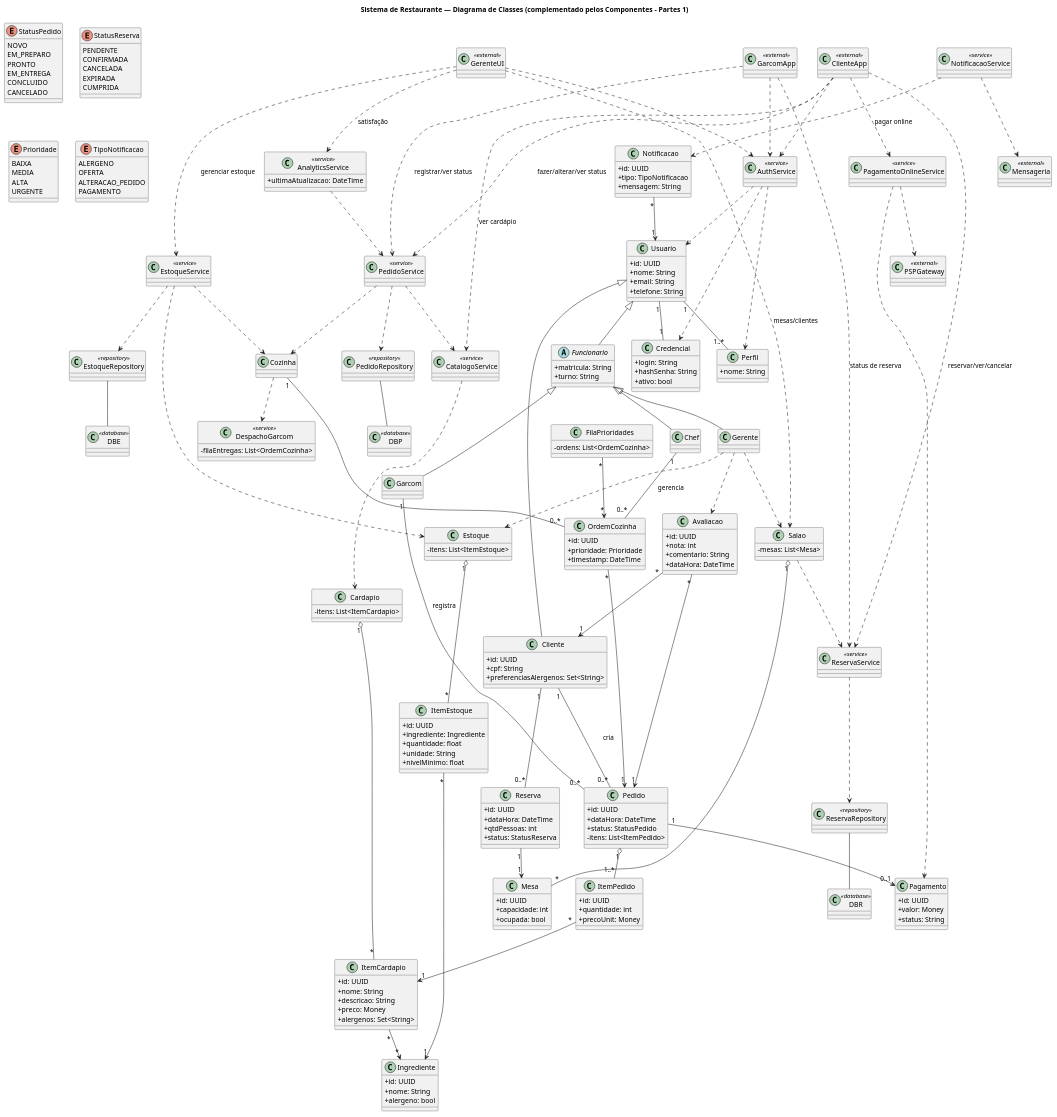
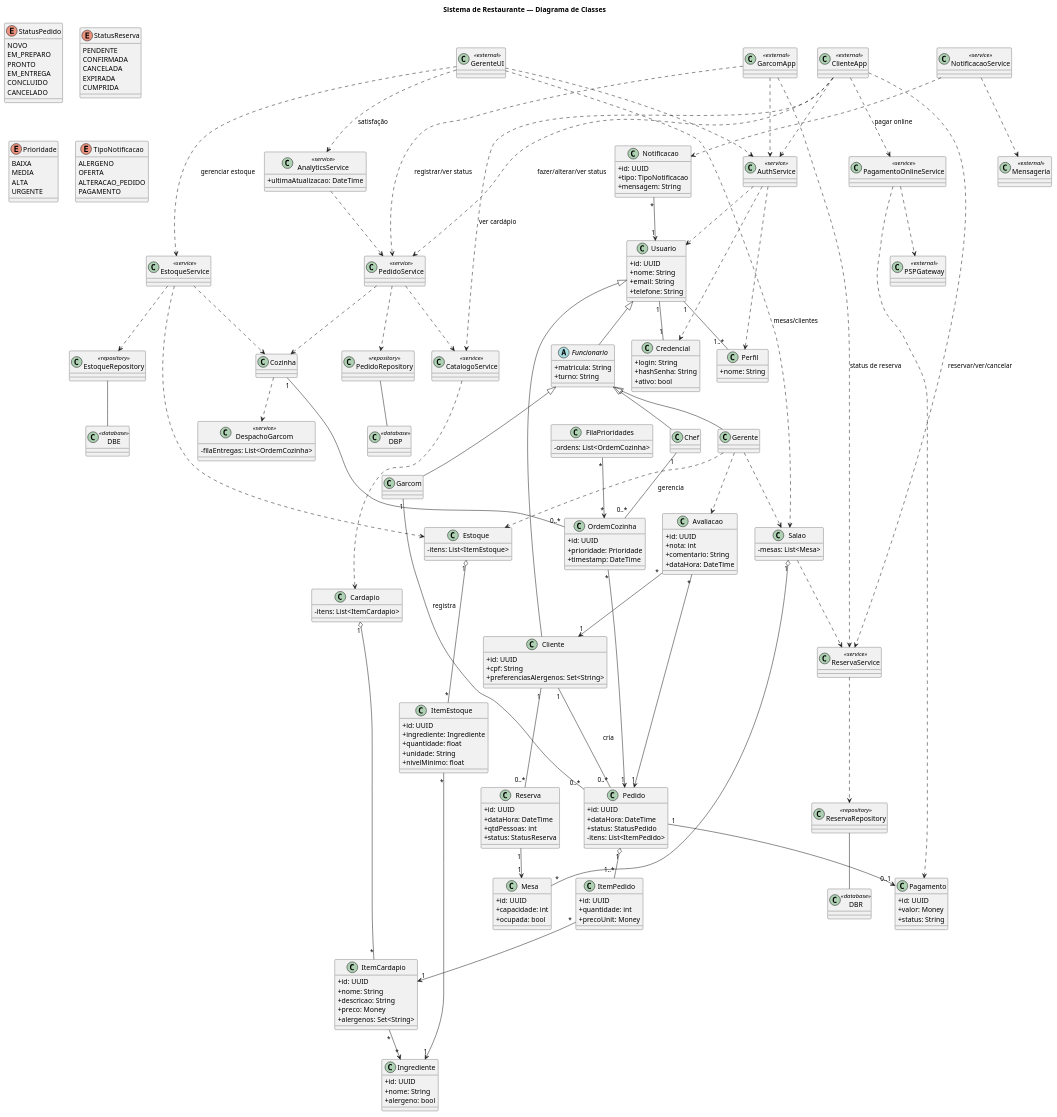
Before and after one commit to carloshenriquehannas/TCC: the diagram in Restaurante/diagramaClasses-restaurante-partes1.puml, drawn with PlantUML. The commit also changed 7 other files, not shown here.

```diff
--- a/Restaurante/diagramaClasses-restaurante-partes1.puml
+++ b/Restaurante/diagramaClasses-restaurante-partes1.puml
@@ -1,5 +1,5 @@
-@startuml
-title Sistema de Restaurante — Diagrama de Classes (complementado pelos Componentes - Partes 1)
+@startuml diagramaClasses - restaurante - partes1
+title Sistema de Restaurante — Diagrama de Classes
 
 skinparam classAttributeIconSize 0
 
```
